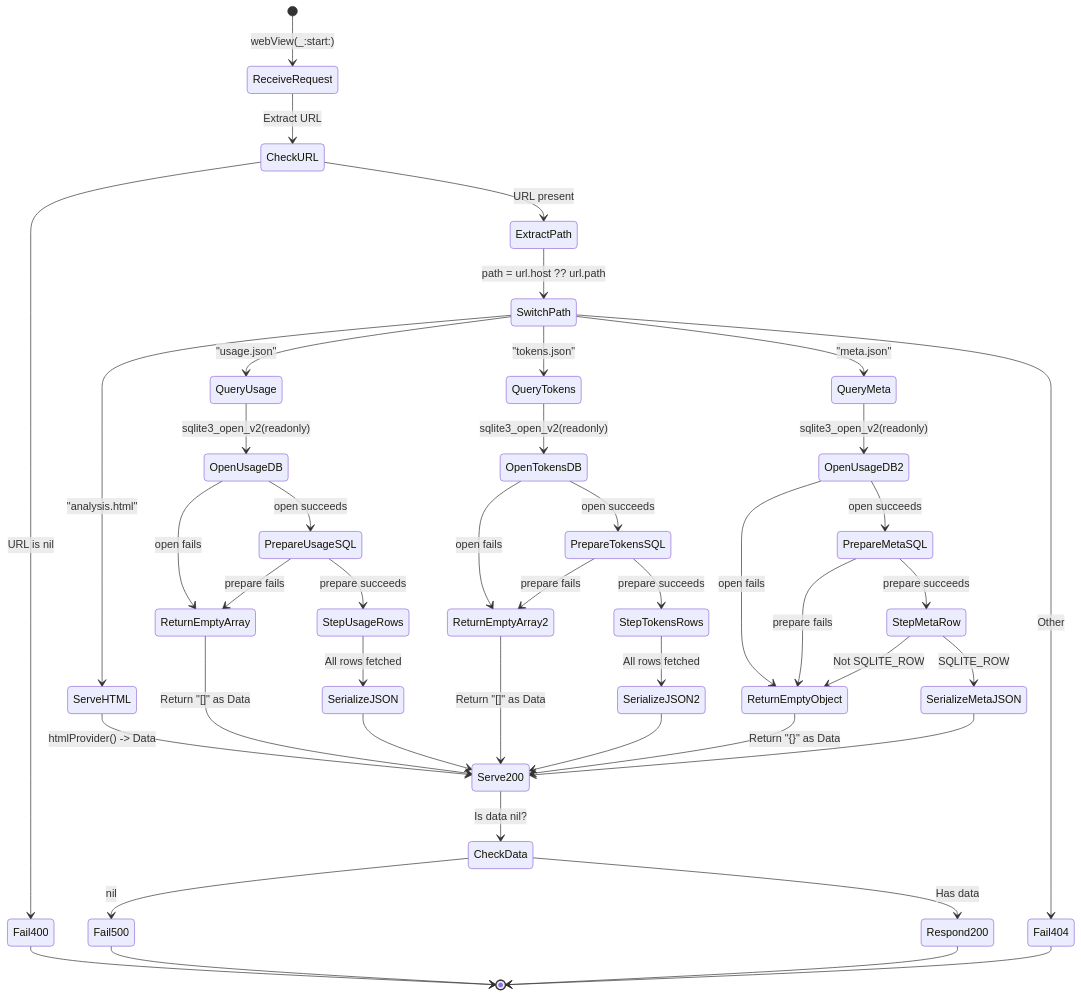
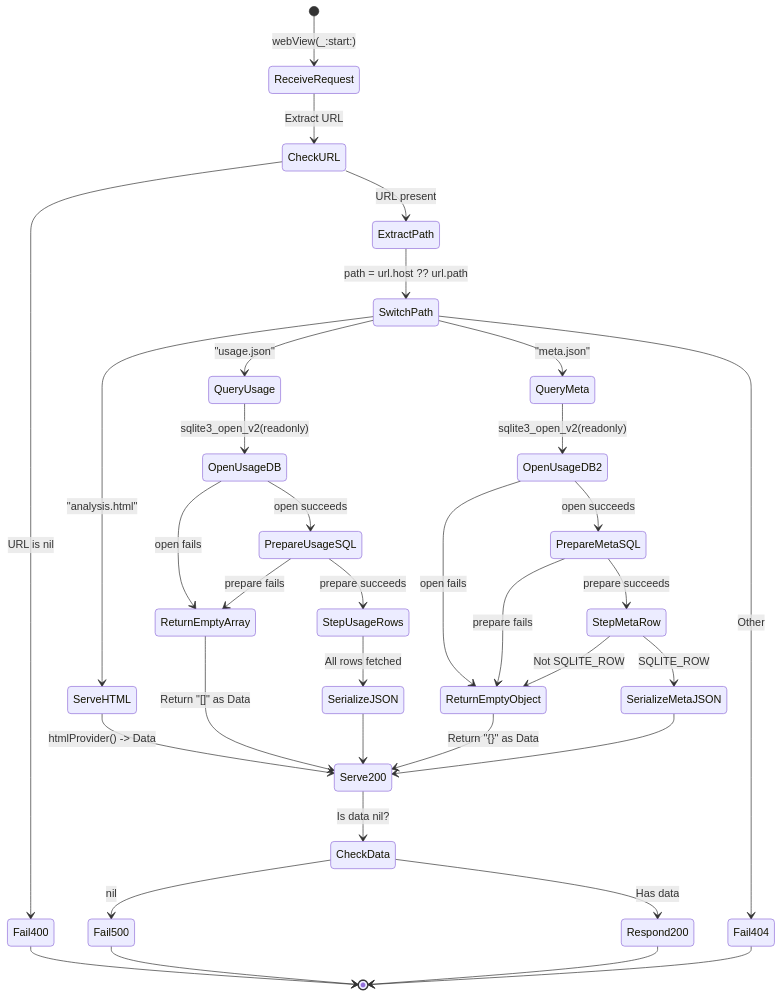
One commit to grad13/Claude-Usage-Tracker changed the diagram in docs/spec/analysis/analysis-scheme-handler.md. Above: the diagram before and after it, drawn with Mermaid. The commit also changed other lines of this file and 47 other files, not shown here.

````diff
--- a/docs/spec/analysis/analysis-scheme-handler.md
+++ b/docs/spec/analysis/analysis-scheme-handler.md
@@ -64,46 +62,37 @@
 ```mermaid
 stateDiagram-v2
     [*] --> ReceiveRequest: webView(_:start:)
     ReceiveRequest --> CheckURL: Extract URL
     CheckURL --> Fail400: URL is nil
     CheckURL --> ExtractPath: URL present
     ExtractPath --> SwitchPath: path = url.host ?? url.path
     SwitchPath --> ServeHTML: "analysis.html"
     SwitchPath --> QueryUsage: "usage.json"
-    SwitchPath --> QueryTokens: "tokens.json"
     SwitchPath --> QueryMeta: "meta.json"
     SwitchPath --> Fail404: Other
     ServeHTML --> Serve200: htmlProvider() -> Data
     QueryUsage --> OpenUsageDB: sqlite3_open_v2(readonly)
     OpenUsageDB --> ReturnEmptyArray: open fails
     OpenUsageDB --> PrepareUsageSQL: open succeeds
     PrepareUsageSQL --> ReturnEmptyArray: prepare fails
     PrepareUsageSQL --> StepUsageRows: prepare succeeds
     StepUsageRows --> SerializeJSON: All rows fetched
     SerializeJSON --> Serve200
     ReturnEmptyArray --> Serve200: Return "[]" as Data
-    QueryTokens --> OpenTokensDB: sqlite3_open_v2(readonly)
-    OpenTokensDB --> ReturnEmptyArray2: open fails
-    OpenTokensDB --> PrepareTokensSQL: open succeeds
-    PrepareTokensSQL --> ReturnEmptyArray2: prepare fails
-    PrepareTokensSQL --> StepTokensRows: prepare succeeds
-    StepTokensRows --> SerializeJSON2: All rows fetched
-    SerializeJSON2 --> Serve200
-    ReturnEmptyArray2 --> Serve200: Return "[]" as Data
     QueryMeta --> OpenUsageDB2: sqlite3_open_v2(readonly)
     OpenUsageDB2 --> ReturnEmptyObject: open fails
     OpenUsageDB2 --> PrepareMetaSQL: open succeeds
     PrepareMetaSQL --> ReturnEmptyObject: prepare fails
     PrepareMetaSQL --> StepMetaRow: prepare succeeds
     StepMetaRow --> ReturnEmptyObject: Not SQLITE_ROW
     StepMetaRow --> SerializeMetaJSON: SQLITE_ROW
     SerializeMetaJSON --> Serve200
     ReturnEmptyObject --> Serve200: Return "{}" as Data
     Serve200 --> CheckData: Is data nil?
     CheckData --> Fail500: nil
     CheckData --> Respond200: Has data
     Fail400 --> [*]
     Fail404 --> [*]
     Fail500 --> [*]
     Respond200 --> [*]
 ```
````
